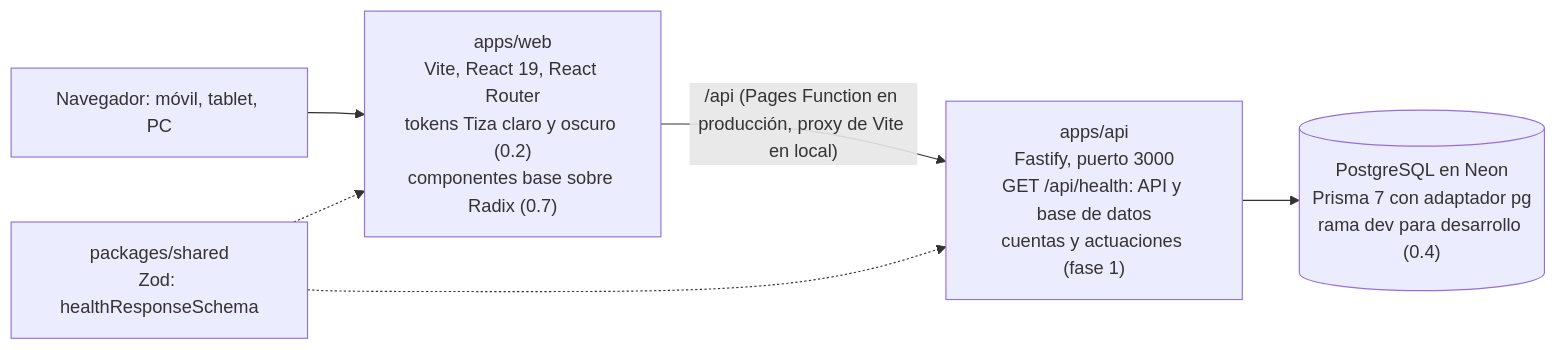
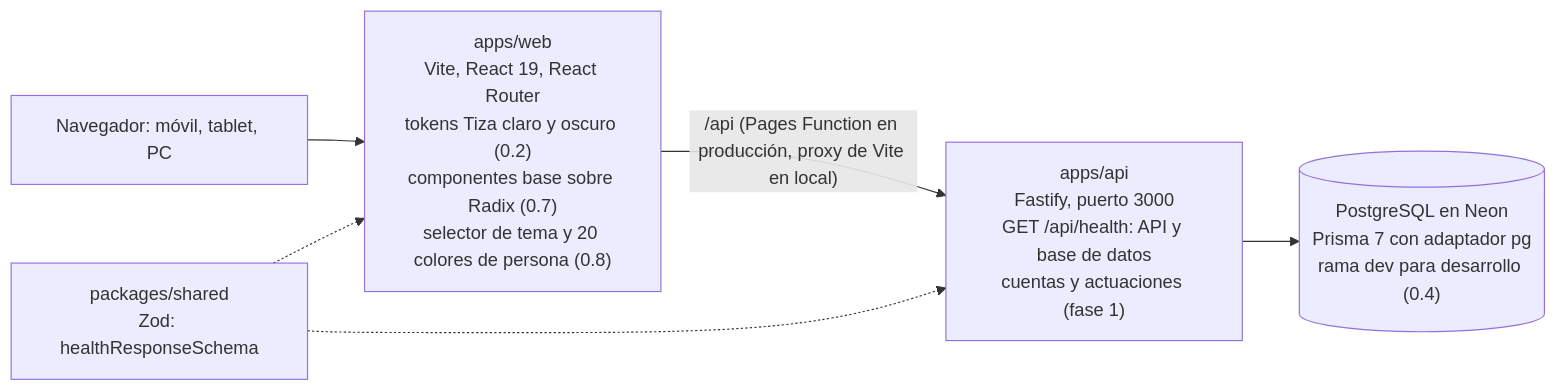
Before and after one commit to juananmgz/cuadrocorrocalle: the diagram in documentation/architecture.md, drawn with Mermaid. The commit also changed 17 other files, not shown here.

````diff
--- a/documentation/architecture.md
+++ b/documentation/architecture.md
@@ -7,8 +7,8 @@
 ```mermaid
 flowchart LR
-  U["Navegador: móvil, tablet, PC"] --> W["apps/web<br>Vite, React 19, React Router<br>tokens Tiza claro y oscuro (0.2)<br>componentes base sobre Radix (0.7)"]
+  U["Navegador: móvil, tablet, PC"] --> W["apps/web<br>Vite, React 19, React Router<br>tokens Tiza claro y oscuro (0.2)<br>componentes base sobre Radix (0.7)<br>selector de tema y 20 colores de persona (0.8)"]
   W -->|"/api (Pages Function en producción, proxy de Vite en local)"| A["apps/api<br>Fastify, puerto 3000<br>GET /api/health: API y base de datos<br>cuentas y actuaciones (fase 1)"]
   A --> D[("PostgreSQL en Neon<br>Prisma 7 con adaptador pg<br>rama dev para desarrollo (0.4)")]
   S["packages/shared<br>Zod: healthResponseSchema"] -.-> W
   S -.-> A
 ```
````
